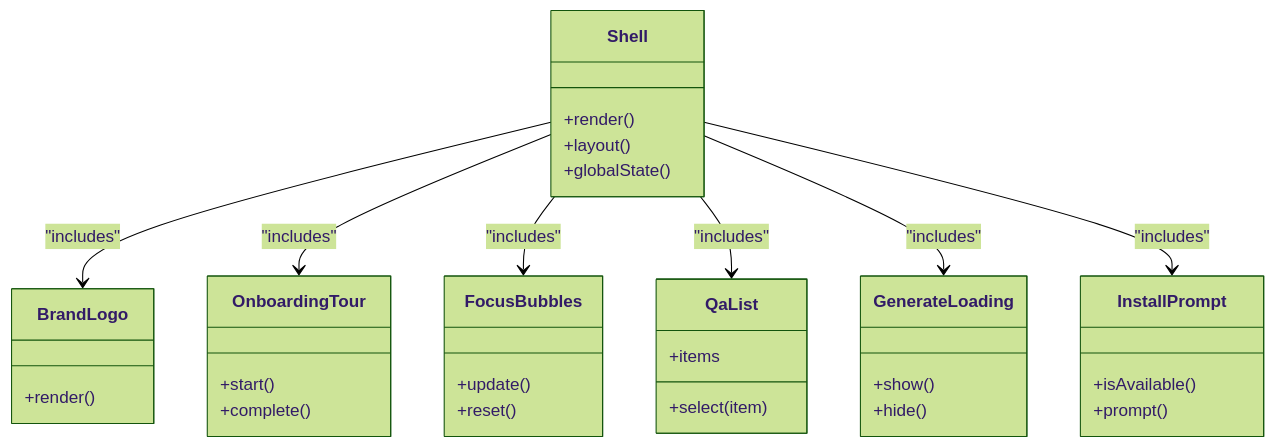
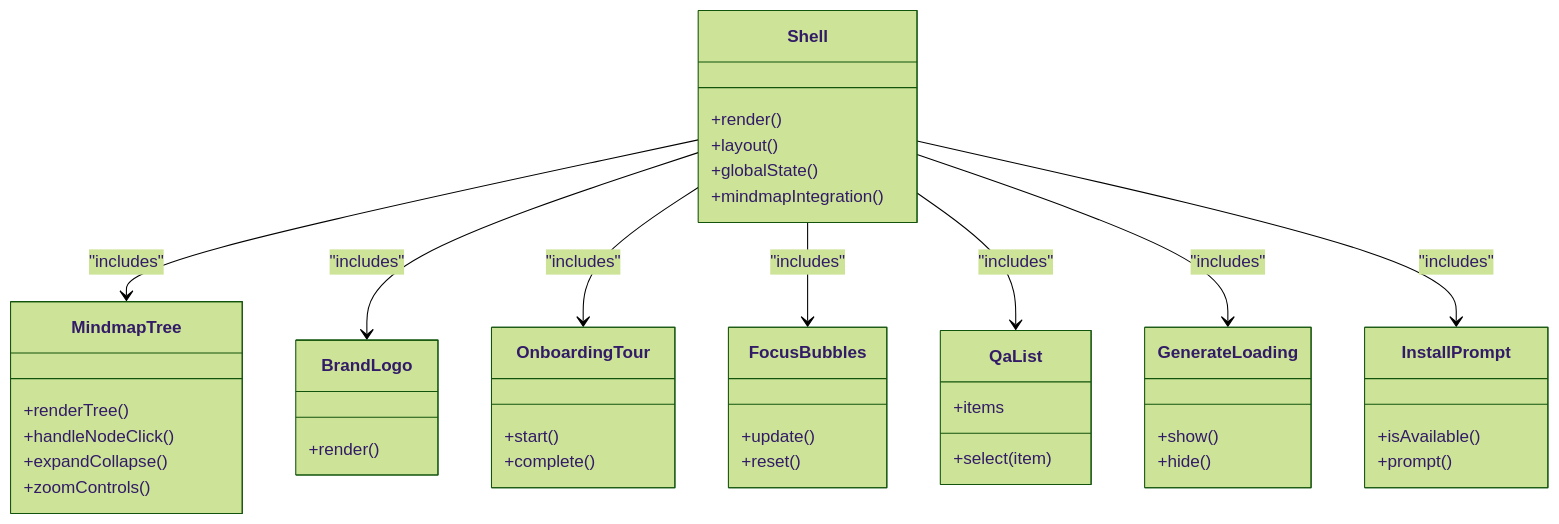
One commit to zmyeo54/briefroom changed the third of 10 diagrams in .qoder/repowiki/en/content/Core Features/Mindmap Visualization.md. Above: the diagram before and after it, drawn with Mermaid (forest theme). The commit also changed other lines of this file and 32 other files, not shown here.

````diff
--- a/.qoder/repowiki/en/content/Core Features/Mindmap Visualization.md
+++ b/.qoder/repowiki/en/content/Core Features/Mindmap Visualization.md
@@ -250,37 +291,45 @@
 ```mermaid
 classDiagram
 class Shell {
 +render()
 +layout()
 +globalState()
++mindmapIntegration()
+}
+class MindmapTree {
++renderTree()
++handleNodeClick()
++expandCollapse()
++zoomControls()
 }
 class BrandLogo {
 +render()
 }
 class OnboardingTour {
 +start()
 +complete()
 }
 class FocusBubbles {
 +update()
 +reset()
 }
 class QaList {
 +items
 +select(item)
 }
 class GenerateLoading {
 +show()
 +hide()
 }
 class InstallPrompt {
 +isAvailable()
 +prompt()
 }
+Shell --> MindmapTree : "includes"
 Shell --> BrandLogo : "includes"
 Shell --> OnboardingTour : "includes"
 Shell --> FocusBubbles : "includes"
 Shell --> QaList : "includes"
 Shell --> GenerateLoading : "includes"
 Shell --> InstallPrompt : "includes"
 ```
````
